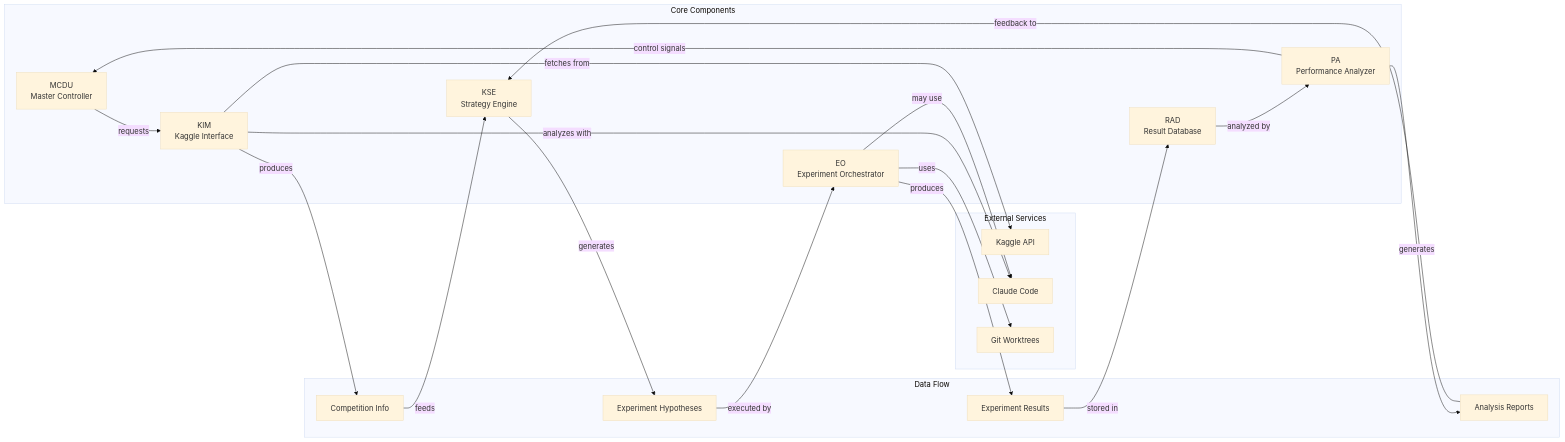
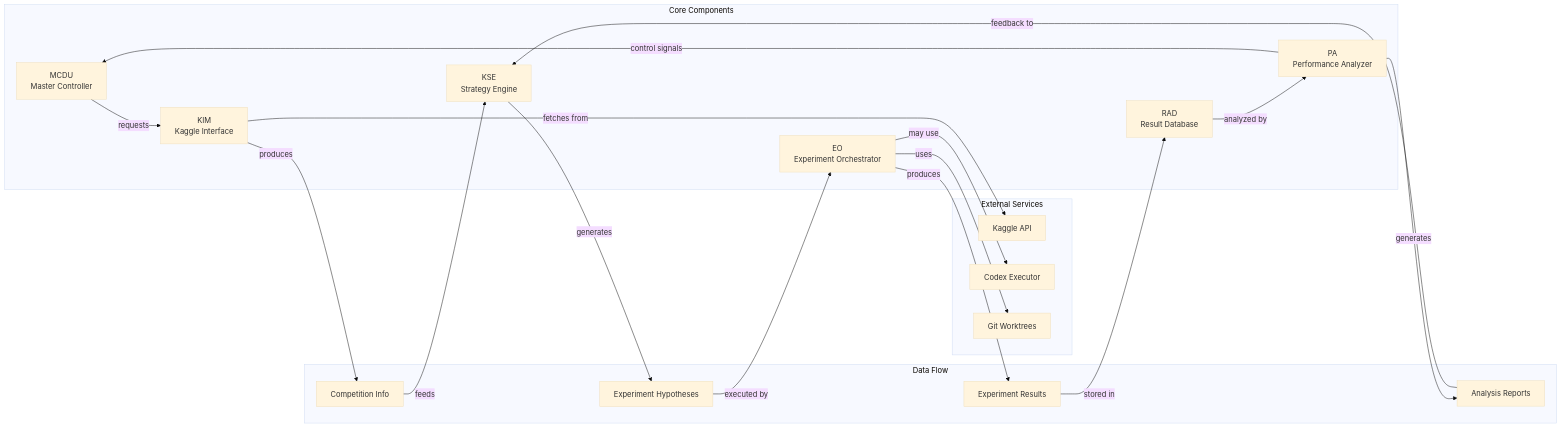
One commit to harutasti/kaggle_automation changed the second of 8 diagrams in docs/architecture/SYSTEM_FLOW_DIAGRAM.md. Above: the diagram before and after it, drawn with Mermaid (base theme). The commit also changed other lines of this file and 27 other files, not shown here.

Commit message:
chore: switch to WAA naming and drop Claude Code

````diff
--- a/docs/architecture/SYSTEM_FLOW_DIAGRAM.md
+++ b/docs/architecture/SYSTEM_FLOW_DIAGRAM.md
@@ -78,44 +73,43 @@
 ```mermaid
 graph LR
     subgraph Core Components
         MCDU[MCDU<br/>Master Controller]
         KIM[KIM<br/>Kaggle Interface]
         KSE[KSE<br/>Strategy Engine]
         EO[EO<br/>Experiment Orchestrator]
         RAD[RAD<br/>Result Database]
         PA[PA<br/>Performance Analyzer]
     end
     
     subgraph External Services
         Kaggle[Kaggle API]
-        Claude[Claude Code]
+        Codex[Codex Executor]
         Git[Git Worktrees]
     end
     
     subgraph Data Flow
         CompInfo[Competition Info]
         ExpHyp[Experiment Hypotheses]
         Results[Experiment Results]
         Reports[Analysis Reports]
     end
     
     MCDU -->|requests| KIM
     KIM -->|fetches from| Kaggle
-    KIM -->|analyzes with| Claude
     KIM -->|produces| CompInfo
     
     CompInfo -->|feeds| KSE
     KSE -->|generates| ExpHyp
     
     ExpHyp -->|executed by| EO
     EO -->|uses| Git
-    EO -->|may use| Claude
+    EO -->|may use| Codex
     EO -->|produces| Results
     
     Results -->|stored in| RAD
     RAD -->|analyzed by| PA
     PA -->|generates| Reports
     Reports -->|feedback to| KSE
     
     PA -->|control signals| MCDU
 ```
````
